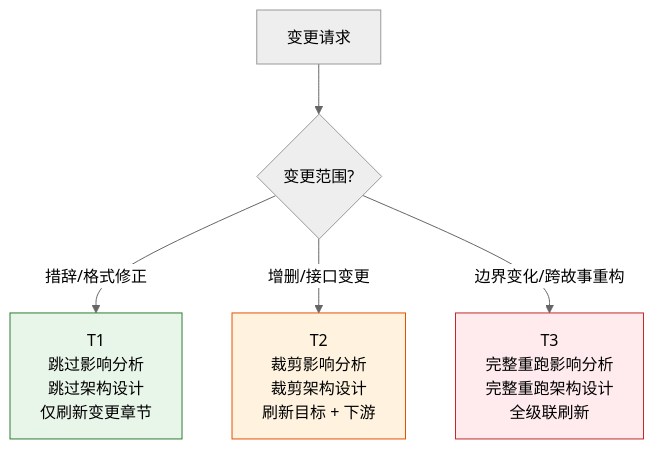
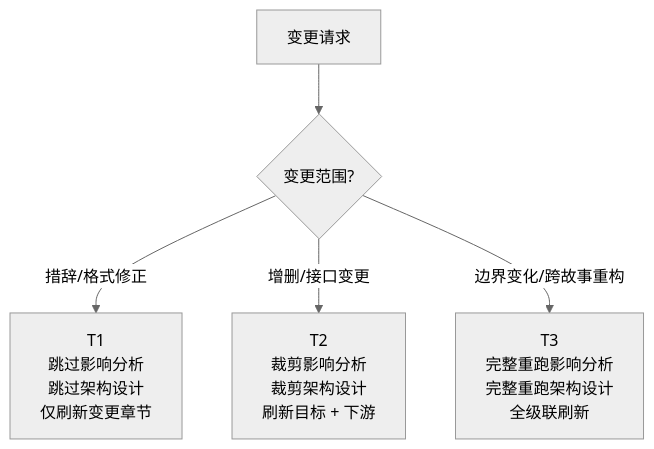
Before and after one commit to effiy/YrY: the sixth of 11 diagrams in rules/doc-generation.md, drawn with Mermaid (neutral theme). The commit also changed other lines of this file and 61 other files, not shown here.

````diff
--- a/rules/doc-generation.md
+++ b/rules/doc-generation.md
@@ -292,11 +279,8 @@
 ```mermaid
 flowchart TD
     CHANGE["变更请求"] --> Q1{"变更范围?"}
     Q1 -->|"措辞/格式修正"| T1["T1<br/>跳过影响分析<br/>跳过架构设计<br/>仅刷新变更章节"]:::t1
     Q1 -->|"增删/接口变更"| T2["T2<br/>裁剪影响分析<br/>裁剪架构设计<br/>刷新目标 + 下游"]:::t2
     Q1 -->|"边界变化/跨故事重构"| T3["T3<br/>完整重跑影响分析<br/>完整重跑架构设计<br/>全级联刷新"]:::t3
 
-    classDef t1 fill:#e8f5e9,stroke:#2e7d32;
-    classDef t2 fill:#fff3e0,stroke:#e65100;
-    classDef t3 fill:#ffebee,stroke:#c62828;
 ```
````
